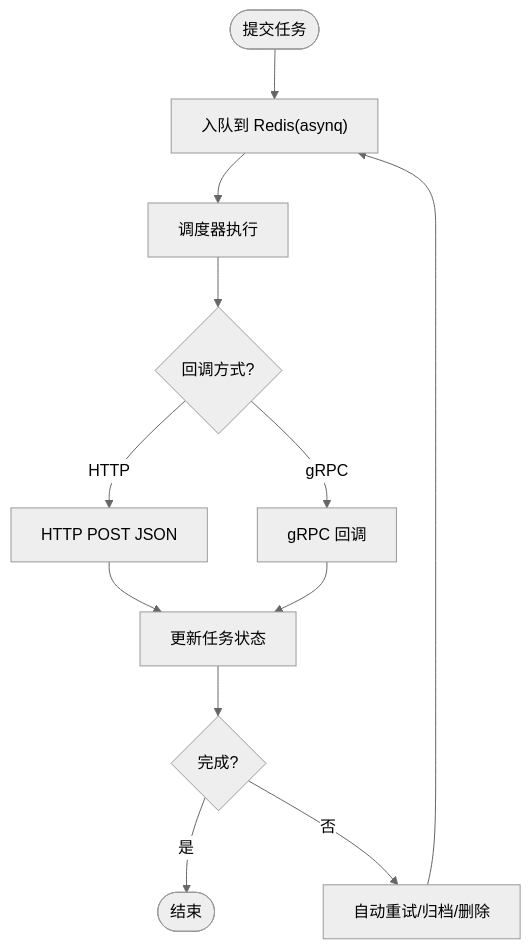
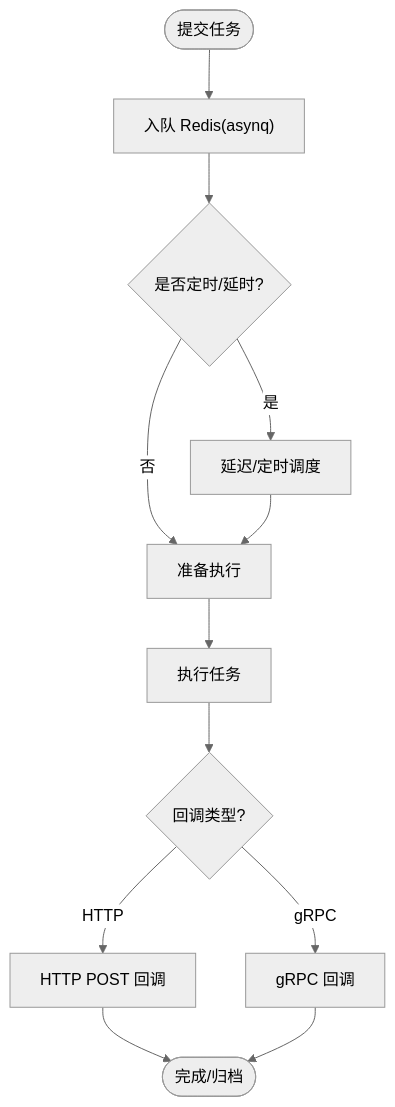
Before and after one commit to maomao94/zero-service: the fourth of 6 diagrams in .qoder/repowiki/zh/content/项目概述/项目概述.md, drawn with Mermaid (neutral theme). The commit also changed other lines of this file and 362 other files, not shown here.

````diff
--- a/.qoder/repowiki/zh/content/项目概述/项目概述.md
+++ b/.qoder/repowiki/zh/content/项目概述/项目概述.md
@@ -238,14 +180,14 @@
 ```mermaid
 flowchart TD
-START(["提交任务"]) --> QUEUE["入队到 Redis(asynq)"]
-QUEUE --> SCHED["调度器执行"]
-SCHED --> CALLBACK{"回调方式?"}
-CALLBACK --> |HTTP| HTTP["HTTP POST JSON"]
-CALLBACK --> |gRPC| GRPC["gRPC 回调"]
-HTTP --> STATS["更新任务状态"]
-GRPC --> STATS
-STATS --> DONE{"完成?"}
-DONE --> |是| END(["结束"])
-DONE --> |否| RETRY["自动重试/归档/删除"]
-RETRY --> QUEUE
+Start(["提交任务"]) --> Enqueue["入队 Redis(asynq)"]
+Enqueue --> Schedule{"是否定时/延时?"}
+Schedule --> |是| Delay["延迟/定时调度"]
+Schedule --> |否| Ready["准备执行"]
+Delay --> Ready
+Ready --> Exec["执行任务"]
+Exec --> Callback{"回调类型?"}
+Callback --> |HTTP| HttpCb["HTTP POST 回调"]
+Callback --> |gRPC| GrpcCb["gRPC 回调"]
+HttpCb --> Done(["完成/归档"])
+GrpcCb --> Done
 ```
````
